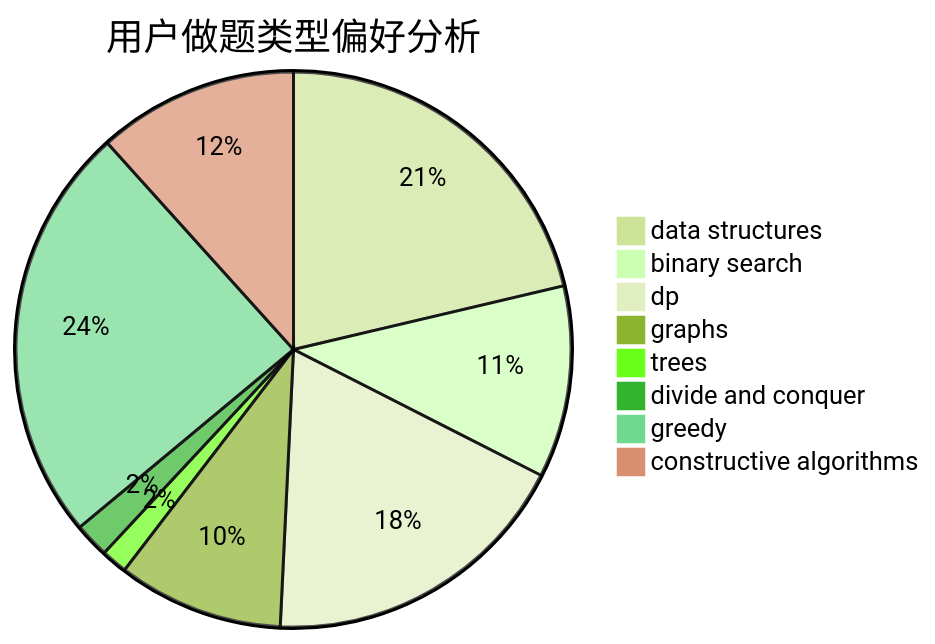
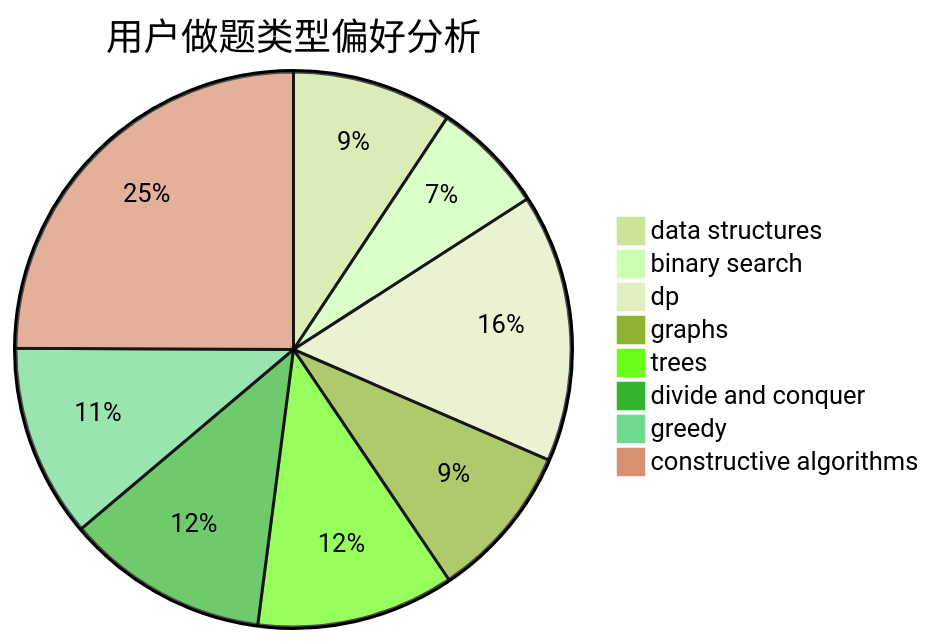
The second of 3 diagrams in docs/user/u1520.md (sherpahu/cfrs.github.io), drawn with Mermaid (forest theme) before and after one commit. The commit also changed other lines of this file and 2770 other files, not shown here.

````diff
--- a/docs/user/u1520.md
+++ b/docs/user/u1520.md
@@ -23,11 +23,11 @@
 ```mermaid
 pie title 用户做题类型偏好分析
-    "data structures" :  42
-    "binary search" :  22
-    "dp" :  36
-    "graphs" :  19
-    "trees" :  3
-    "divide and conquer" :  4
-    "greedy" :  48
-    "constructive algorithms" :  23
+    "data structures" :  34
+    "binary search" :  24
+    "dp" :  57
+    "graphs" :  33
+    "trees" :  42
+    "divide and conquer" :  43
+    "greedy" :  41
+    "constructive algorithms" :  91
 ```
````
